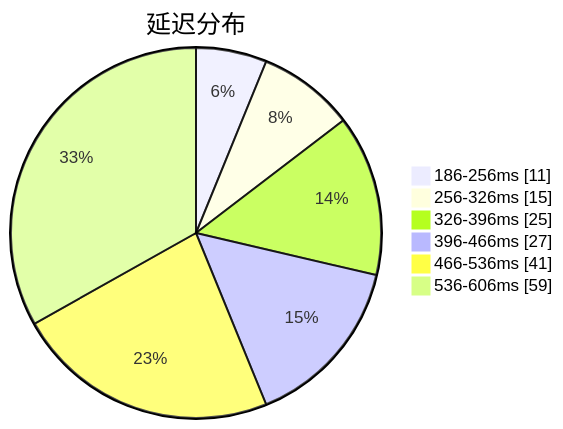
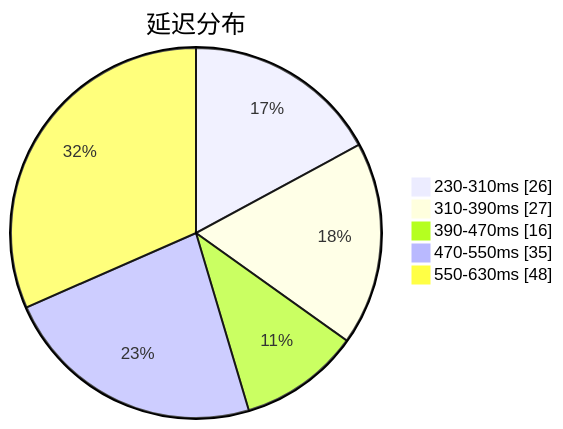
One commit to qjlxg/airport changed the first of 3 diagrams in subs/statistics/tested_within.md. Above: the diagram before and after it, drawn with Mermaid. The commit also changed other lines of this file and 2 other files, not shown here.

````diff
--- a/subs/statistics/tested_within.md
+++ b/subs/statistics/tested_within.md
@@ -2,10 +2,9 @@
 ```mermaid
 pie showData
 title 延迟分布
-"186-256ms" : 11
-"256-326ms" : 15
-"326-396ms" : 25
-"396-466ms" : 27
-"466-536ms" : 41
-"536-606ms" : 59
+"230-310ms" : 26
+"310-390ms" : 27
+"390-470ms" : 16
+"470-550ms" : 35
+"550-630ms" : 48
 ```
````
